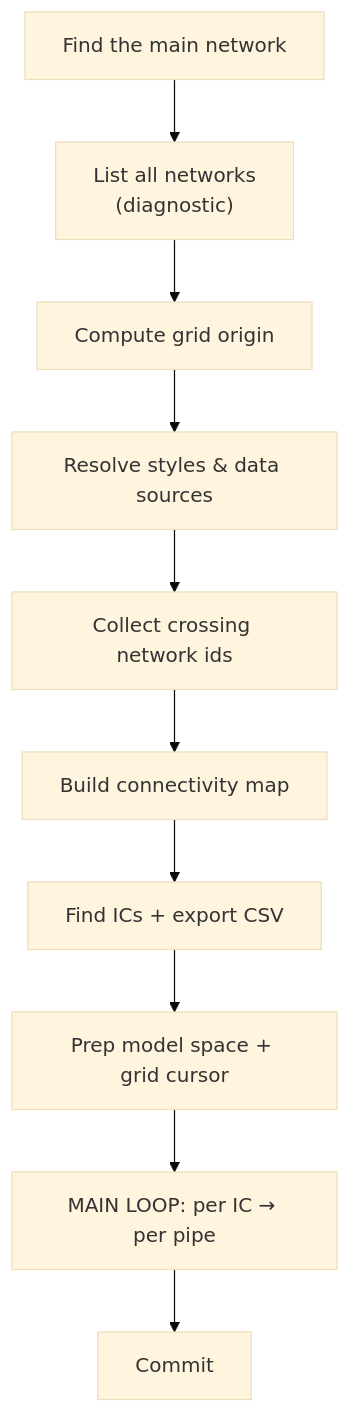
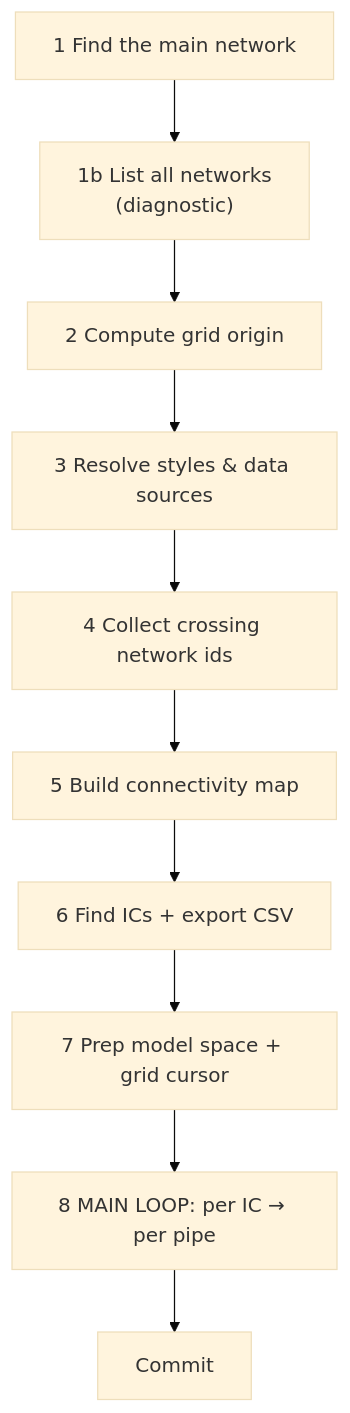
One commit to PrathamGitHub/dynamo-python-node-docs-v1 changed the first of 2 diagrams in docs/walkthrough/g-main-loop.md. Above: the diagram before and after it, drawn with Mermaid (base theme). The commit also changed other lines of this file and 5 other files, not shown here.

First line of the commit message:
Refactor documentation to standardize results schema and improve context management examples

````diff
--- a/docs/walkthrough/g-main-loop.md
+++ b/docs/walkthrough/g-main-loop.md
@@ -42,12 +64,12 @@
 ```mermaid
 flowchart TD
-    S1["Find the main network"] --> S1b["List all networks<br/>(diagnostic)"]
-    S1b --> S2["Compute grid origin"]
-    S2 --> S3["Resolve styles & data sources"]
-    S3 --> S4["Collect crossing network ids"]
-    S4 --> S5["Build connectivity map"]
-    S5 --> S6["Find ICs + export CSV"]
-    S6 --> S7["Prep model space + grid cursor"]
-    S7 --> S8["MAIN LOOP: per IC → per pipe"]
+    S1["1 Find the main network"] --> S1b["1b List all networks<br/>(diagnostic)"]
+    S1b --> S2["2 Compute grid origin"]
+    S2 --> S3["3 Resolve styles & data sources"]
+    S3 --> S4["4 Collect crossing network ids"]
+    S4 --> S5["5 Build connectivity map"]
+    S5 --> S6["6 Find ICs + export CSV"]
+    S6 --> S7["7 Prep model space + grid cursor"]
+    S7 --> S8["8 MAIN LOOP: per IC → per pipe"]
     S8 --> C["Commit"]
 ```
````
